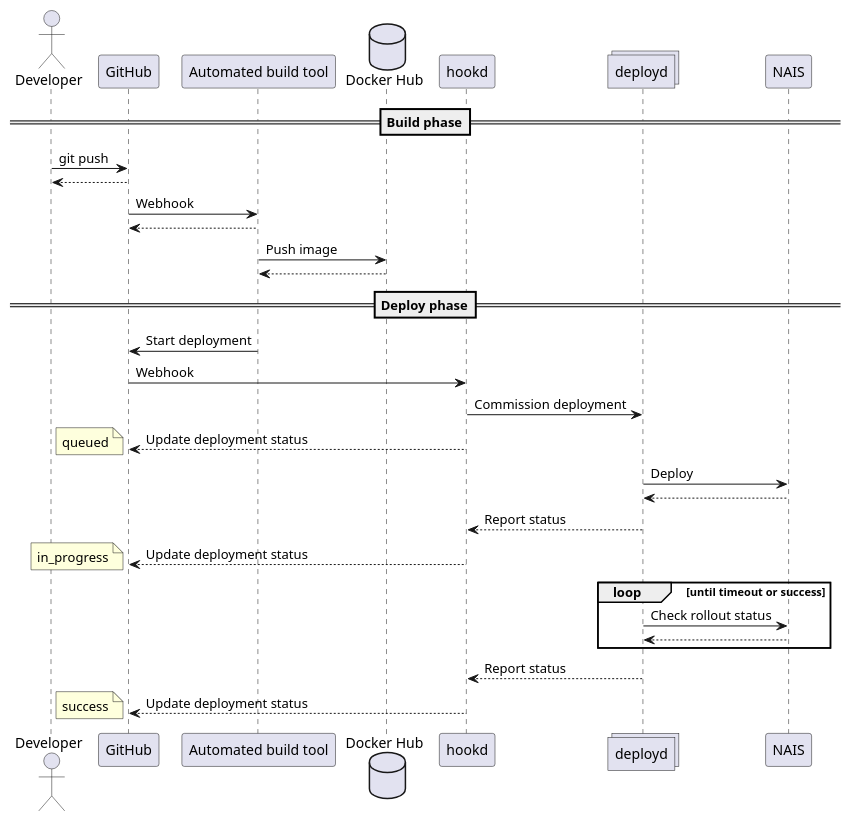
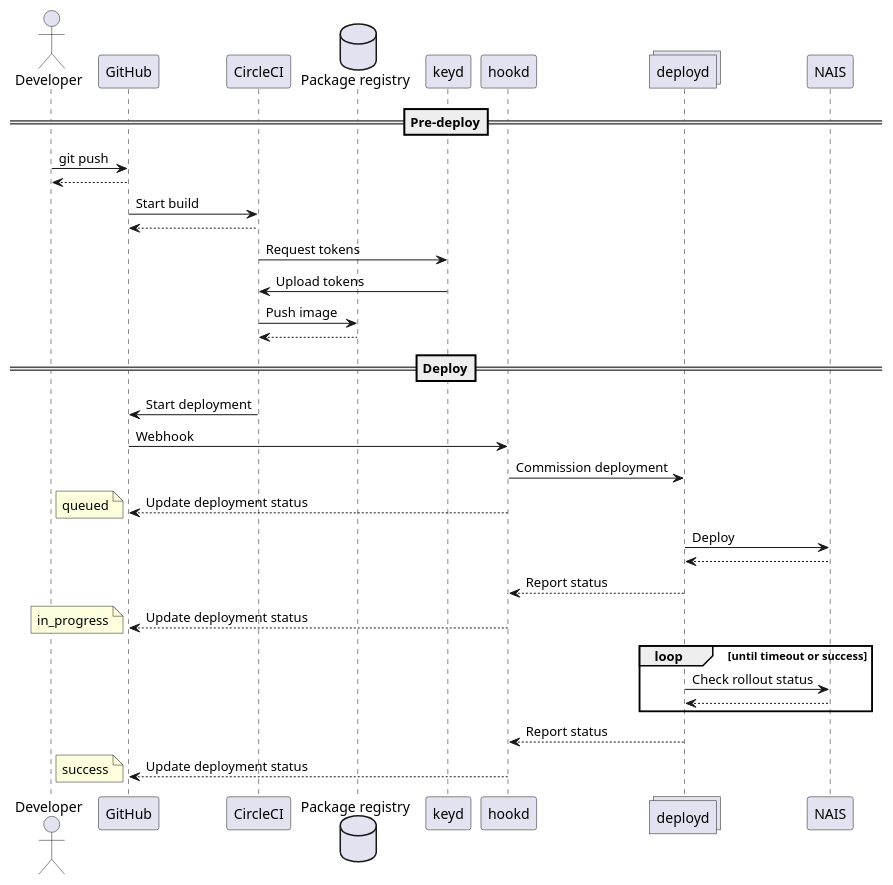
The diagram in doc/sequence.puml (nais/deploy), drawn with PlantUML before and after one commit. The commit also changed 1 other file, not shown here.

Commit message:
Automatic token exchange with CircleCI

```diff
--- a/doc/sequence.puml
+++ b/doc/sequence.puml
@@ -1,40 +1,43 @@
 @startuml component
 
 actor developer as "Developer"
 participant github as "GitHub"
-participant ci as "Automated build tool"
-database registry as "Docker Hub"
+participant ci as "CircleCI"
+database registry as "Package registry"
+participant keyd
 participant hookd
 collections deployd
 participant kubernetes as "NAIS"
 
-==Build phase==
+==Pre-deploy==
 developer -> github: git push
 github --> developer
-github -> ci: Webhook
+github -> ci: Start build
 ci --> github
+ci -> keyd: Request tokens
+keyd -> ci: Upload tokens
 ci -> registry: Push image
 registry --> ci
 
-==Deploy phase==
+==Deploy==
 ci -> github: Start deployment
 github -> hookd: Webhook
 hookd -> deployd: Commission deployment
 hookd --> github: Update deployment status
 note left: queued
 deployd -> kubernetes: Deploy
 kubernetes --> deployd
 deployd --> hookd: Report status
 hookd --> github: Update deployment status
 note left: in_progress
 
 loop until timeout or success
 	deployd -> kubernetes: Check rollout status
 	kubernetes --> deployd
 end
 
 deployd --> hookd: Report status
 hookd --> github: Update deployment status
 note left: success
 
 @enduml
```
